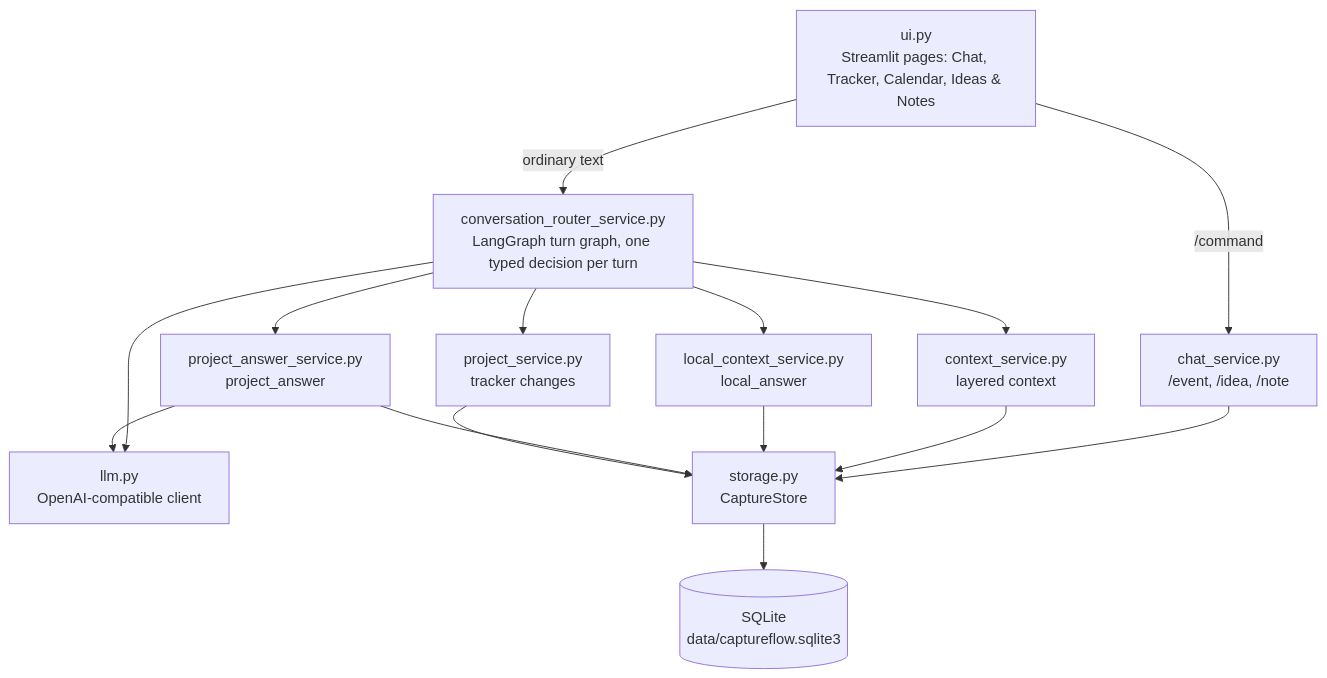
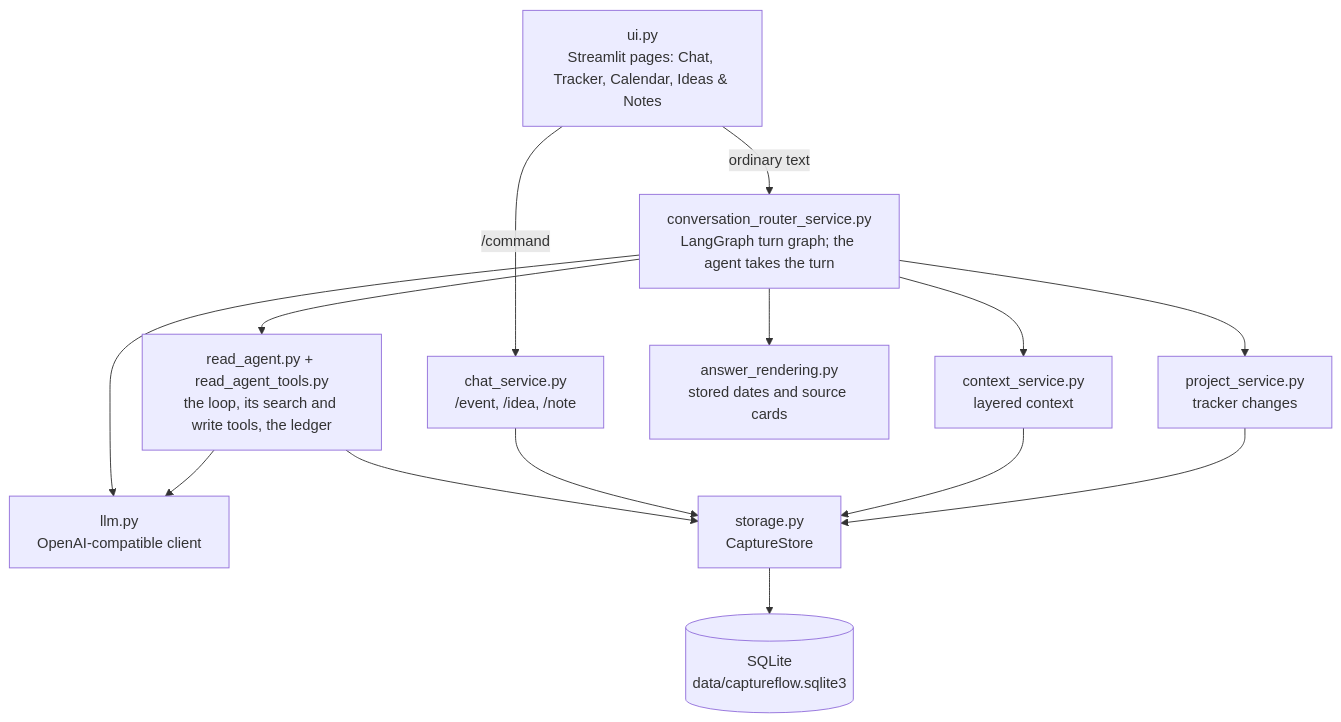
One commit to J1aCh3n/CaptureFlow changed the diagram in README.md. Above: the diagram before and after it, drawn with Mermaid. The commit also changed other lines of this file and 5 other files, not shown here.

First line of the commit message:
refactor: fold the two answer-service shells into answer_rendering.py

````diff
--- a/README.md
+++ b/README.md
@@ -34,28 +34,27 @@
 ```mermaid
 flowchart TD
     UI["ui.py<br/>Streamlit pages: Chat, Tracker, Calendar, Ideas & Notes"]
     CMD["chat_service.py<br/>/event, /idea, /note"]
-    ROUTER["conversation_router_service.py<br/>LangGraph turn graph, one typed decision per turn"]
+    ROUTER["conversation_router_service.py<br/>LangGraph turn graph; the agent takes the turn"]
     CTX["context_service.py<br/>layered context"]
     LLM["llm.py<br/>OpenAI-compatible client"]
-    LOCAL["local_context_service.py<br/>local_answer"]
-    PANS["project_answer_service.py<br/>project_answer"]
+    AGENT["read_agent.py + read_agent_tools.py<br/>the loop, its search and write tools, the ledger"]
+    REND["answer_rendering.py<br/>stored dates and source cards"]
     PSVC["project_service.py<br/>tracker changes"]
     STORE["storage.py<br/>CaptureStore"]
     DB[("SQLite<br/>data/captureflow.sqlite3")]
 
     UI -->|"/command"| CMD
     UI -->|ordinary text| ROUTER
     ROUTER --> CTX
     ROUTER --> LLM
-    ROUTER --> LOCAL
-    ROUTER --> PANS
+    ROUTER --> AGENT
+    ROUTER --> REND
     ROUTER --> PSVC
-    PANS --> LLM
+    AGENT --> LLM
+    AGENT --> STORE
     CMD --> STORE
     CTX --> STORE
-    LOCAL --> STORE
-    PANS --> STORE
     PSVC --> STORE
     STORE --> DB
 ```
````
